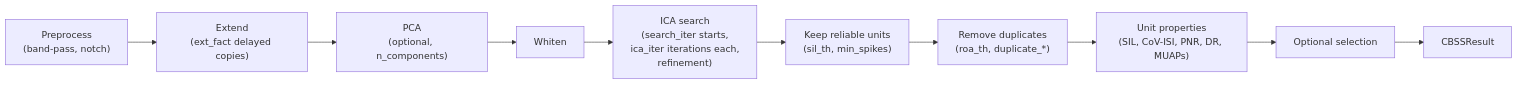
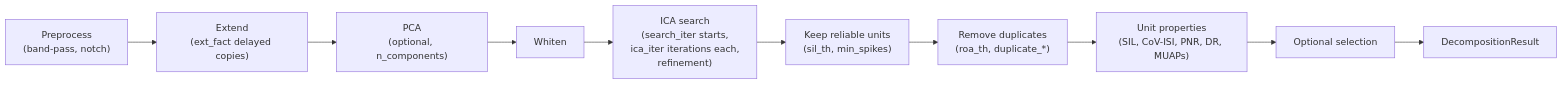
Before and after one commit to imendezguerra/adapt_decomp: the diagram in docs/guide/calibration.md, drawn with Mermaid. The commit also changed other lines of this file and 79 other files, not shown here.

````diff
--- a/docs/guide/calibration.md
+++ b/docs/guide/calibration.md
@@ -16,12 +33,12 @@
 ```mermaid
 flowchart LR
     A["Preprocess\n(band-pass, notch)"] --> B["Extend\n(ext_fact delayed copies)"]
     B --> P["PCA\n(optional, n_components)"]
     P --> C["Whiten"]
     C --> D["ICA search\n(search_iter starts,\nica_iter iterations each,\nrefinement)"]
     D --> E["Keep reliable units\n(sil_th, min_spikes)"]
     E --> F["Remove duplicates\n(roa_th, duplicate_*)"]
     F --> G["Unit properties\n(SIL, CoV-ISI, PNR, DR, MUAPs)"]
     G --> H["Optional selection"]
-    H --> I["CBSSResult"]
+    H --> I["DecompositionResult"]
 ```
````
